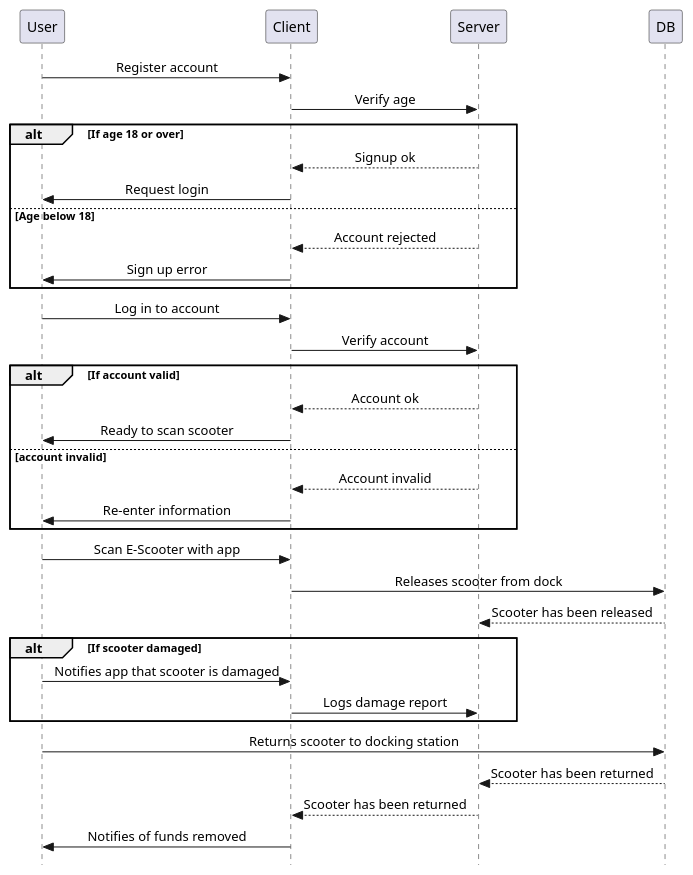
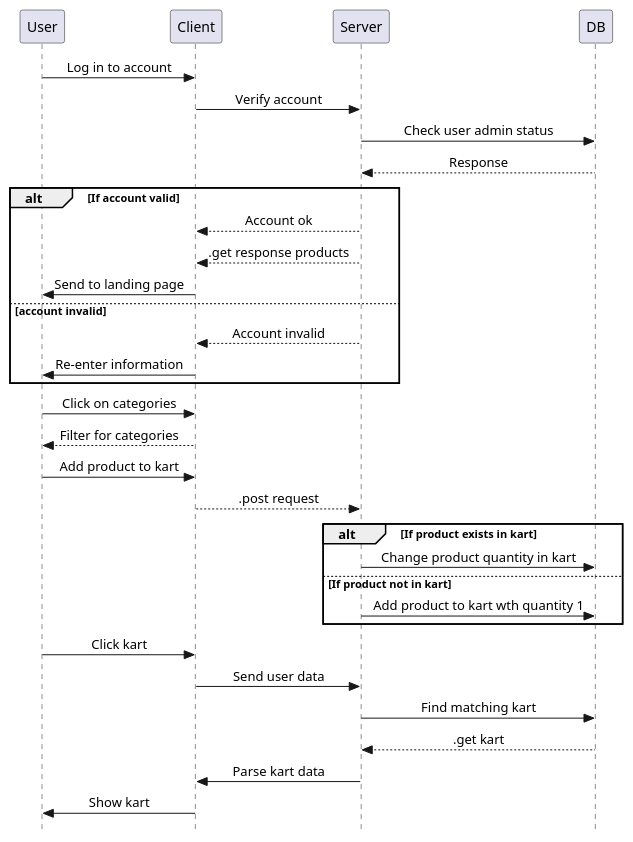
One commit to DanApollo/multiverseEndProject changed the second of 2 diagrams in diagrams/diagrams.plantuml. Above: the diagram before and after it, drawn with PlantUML. The commit also changed 1 other file, not shown here.

```diff
--- a/diagrams/diagrams.plantuml
+++ b/diagrams/diagrams.plantuml
@@ -20,33 +20,31 @@
 @startuml Sequence
 skinparam Style strictuml
 skinparam SequenceMessageAlignment center
-User -> Client: Register account
-Client -> Server: Verify age
-alt If age 18 or over
-  Client <-- Server: Signup ok
-  User <- Client: Request login
-else Age below 18
-  Client <-- Server: Account rejected
-  User <- Client: Sign up error
-end
 User -> Client: Log in to account
 Client -> Server: Verify account
+Server -> DB: Check user admin status
+Server <-- DB: Response
 alt If account valid
   Client <-- Server: Account ok
-  User <- Client: Ready to scan scooter
+  Client <-- Server: .get response products
+  User <- Client: Send to landing page
 else account invalid
   Client <-- Server: Account invalid
   User <- Client: Re-enter information
 end
-User -> Client: Scan E-Scooter with app
-Client -> DB: Releases scooter from dock
-Server <-- DB: Scooter has been released
-alt If scooter damaged
-  User -> Client: Notifies app that scooter is damaged
-  Client -> Server: Logs damage report
+User -> Client: Click on categories
+User <-- Client: Filter for categories
+User -> Client: Add product to kart
+Client --> Server: .post request
+alt If product exists in kart
+  Server -> DB: Change product quantity in kart
+else If product not in kart
+  Server -> DB: Add product to kart wth quantity 1
 end
-User -> DB: Returns scooter to docking station
-Server <-- DB: Scooter has been returned
-Client <-- Server: Scooter has been returned
-User <- Client: Notifies of funds removed
+User -> Client: Click kart
+Client -> Server: Send user data
+Server -> DB: Find matching kart
+Server <-- DB: .get kart
+Client <- Server: Parse kart data
+User <- Client: Show kart
 @enduml
```
